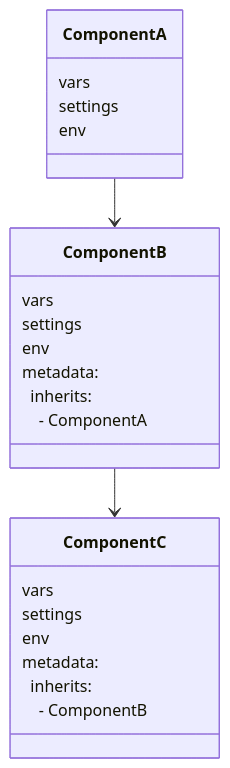
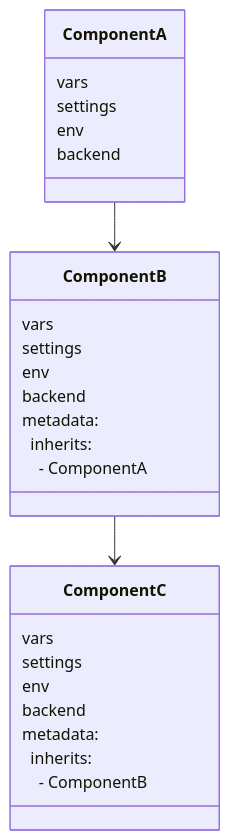
One commit to cloudposse/atmos changed the third of 5 diagrams in website/docs/core-concepts/components/component-inheritance.md. Above: the diagram before and after it, drawn with Mermaid. The commit also changed other lines of this file and 1 other file, not shown here.

````diff
--- a/website/docs/core-concepts/components/component-inheritance.md
+++ b/website/docs/core-concepts/components/component-inheritance.md
@@ -348,24 +354,27 @@
 ```mermaid
 classDiagram
       ComponentA --> ComponentB
       ComponentB --> ComponentC
       ComponentA : vars
       ComponentA : settings
       ComponentA : env
+      ComponentA : backend
       class ComponentB {
           vars
           settings
           env
+          backend
           metadata:
           &nbsp;&nbsp;inherits:
           &nbsp;&nbsp;&nbsp;&nbsp;- ComponentA&nbsp;&nbsp;
       }
       class ComponentC {
           vars
           settings
           env
+          backend
           metadata:
           &nbsp;&nbsp;inherits:
           &nbsp;&nbsp;&nbsp;&nbsp;- ComponentB&nbsp;&nbsp;
       }
 ```
````
